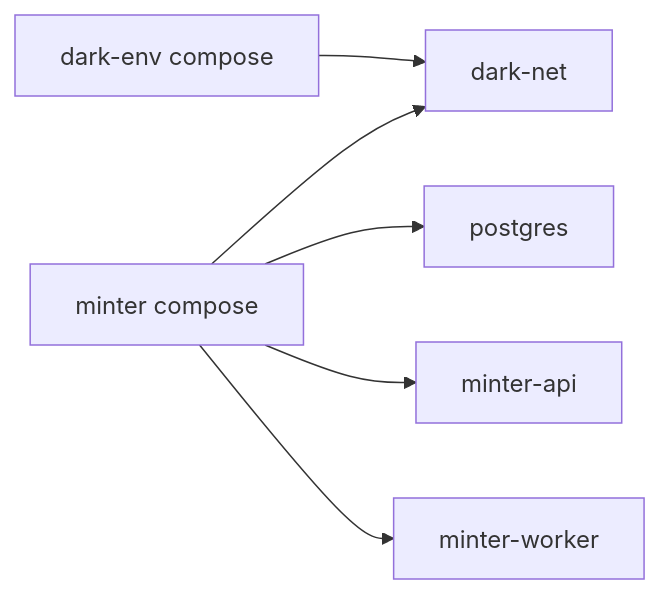
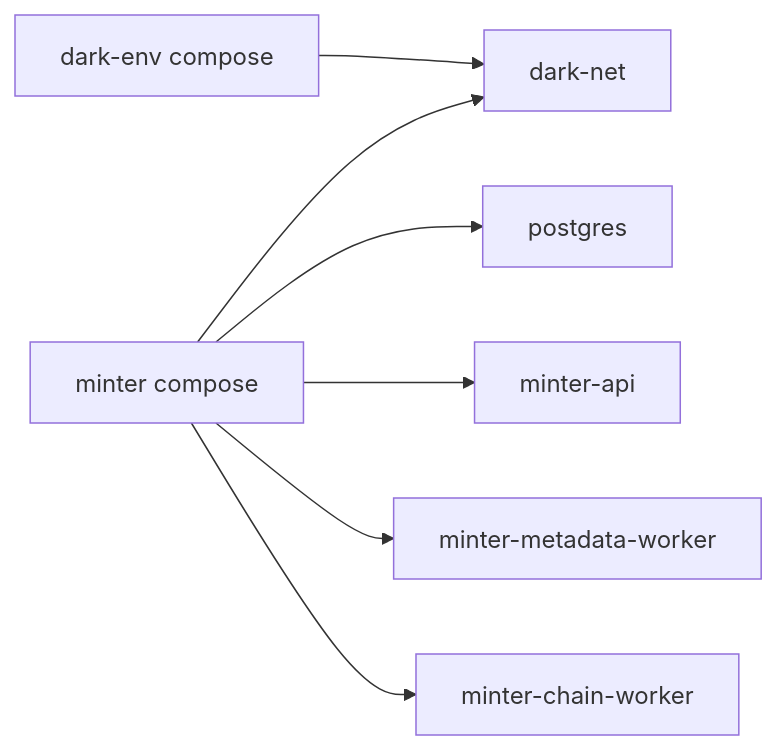
Before and after one commit to LA-Referencia-IOI/dark-core-minter-api: diagram 12 of 12 in README.md, drawn with Mermaid. The commit also changed other lines of this file and 42 other files, not shown here.

First line of the commit message:
Split workers for metadata and chain publishing

````diff
--- a/README.md
+++ b/README.md
@@ -451,8 +554,9 @@
 ```mermaid
 flowchart LR
     ENV["dark-env compose"] --> NET["dark-net"]
     MINTER["minter compose"] --> NET
     MINTER --> PG["postgres"]
     MINTER --> API["minter-api"]
-    MINTER --> W["minter-worker"]
+    MINTER --> MW["minter-metadata-worker"]
+    MINTER --> CW["minter-chain-worker"]
 ```
````
